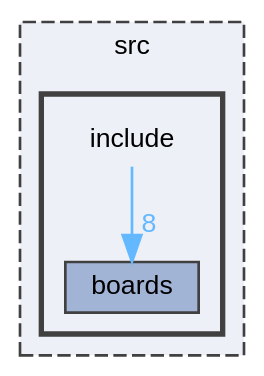
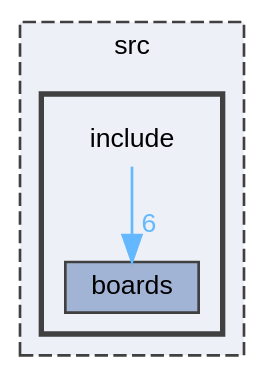
Before and after one commit to MeshBeacon/meshbeacon-firmware: the diagram in dir_b0856f6b0d80ccb263b2f415c91f9e17_dep.dot, drawn with Graphviz. The commit also changed 287 other files, not shown here.

```diff
--- a/dir_b0856f6b0d80ccb263b2f415c91f9e17_dep.dot
+++ b/dir_b0856f6b0d80ccb263b2f415c91f9e17_dep.dot
@@ -1,17 +1,17 @@
 digraph "/home/runner/work/meshbeacon-firmware/meshbeacon-firmware/src/include"
 {
  // LATEX_PDF_SIZE
   bgcolor="transparent";
   edge [fontname=Helvetica,fontsize=10,labelfontname=Helvetica,labelfontsize=10];
   node [fontname=Helvetica,fontsize=10,shape=box,height=0.2,width=0.4];
   compound=true
   subgraph clusterdir_68267d1309a1af8e8297ef4c3efbcdba {
     graph [ bgcolor="#edf0f7", pencolor="grey25", label="src", fontname=Helvetica,fontsize=10 style="filled,dashed", URL="dir_68267d1309a1af8e8297ef4c3efbcdba.html",tooltip=""]
   subgraph clusterdir_b0856f6b0d80ccb263b2f415c91f9e17 {
     graph [ bgcolor="#edf0f7", pencolor="grey25", label="", fontname=Helvetica,fontsize=10 style="filled,bold", URL="dir_b0856f6b0d80ccb263b2f415c91f9e17.html",tooltip=""]
     dir_b0856f6b0d80ccb263b2f415c91f9e17 [shape=plaintext, label="include"];
   dir_f720216755f5a1ced203babe1ca6998b [label="boards", fillcolor="#a2b4d6", color="grey25", style="filled", URL="dir_f720216755f5a1ced203babe1ca6998b.html",tooltip=""];
   }
   }
-  dir_b0856f6b0d80ccb263b2f415c91f9e17->dir_f720216755f5a1ced203babe1ca6998b [headlabel="8", labeldistance=1.5 headhref="dir_000002_000000.html" href="dir_000002_000000.html" color="steelblue1" fontcolor="steelblue1"];
+  dir_b0856f6b0d80ccb263b2f415c91f9e17->dir_f720216755f5a1ced203babe1ca6998b [headlabel="6", labeldistance=1.5 headhref="dir_000002_000000.html" href="dir_000002_000000.html" color="steelblue1" fontcolor="steelblue1"];
 }
```
